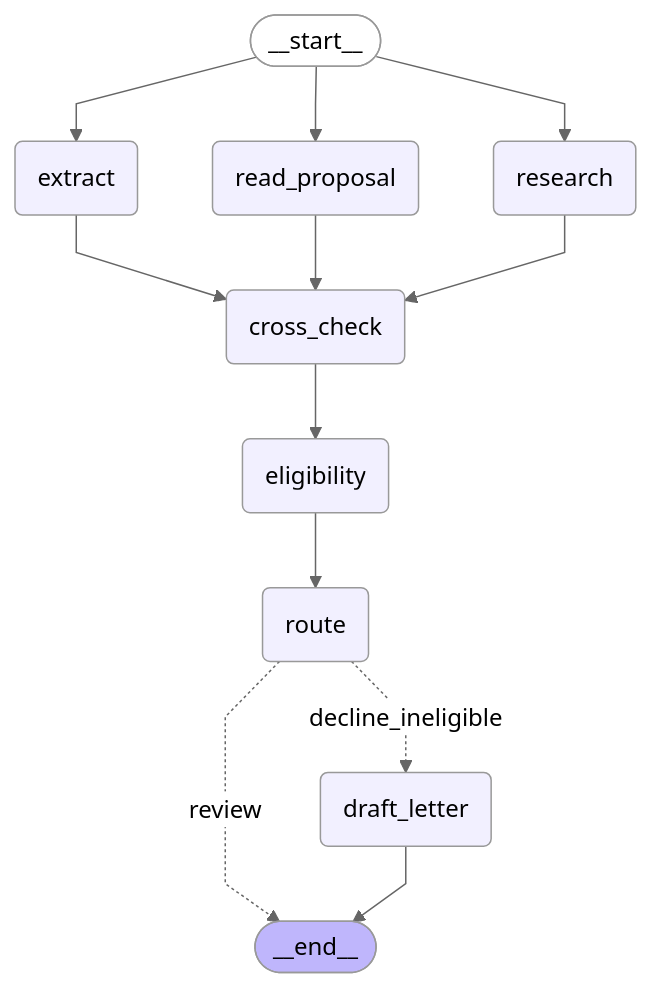
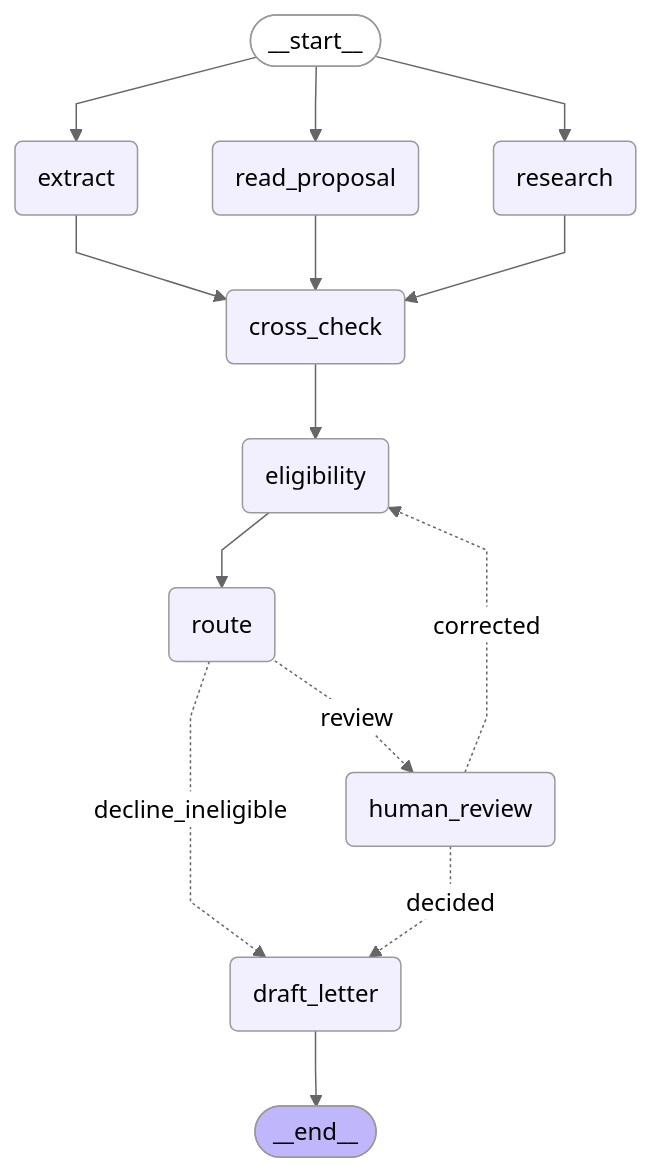
Before and after one commit to EVanderSchel/ai-engineering: the diagram in grant-review-workflow/README.md, drawn with Mermaid (neutral theme). The commit also changed other lines of this file and 10 other files, not shown here.

````diff
--- a/grant-review-workflow/README.md
+++ b/grant-review-workflow/README.md
@@ -73,31 +85,34 @@
 ```mermaid
 ---
 config:
   flowchart:
     curve: linear
 ---
 graph TD;
 	__start__([<p>__start__</p>]):::first
 	extract(extract)
 	research(research)
 	read_proposal(read_proposal)
 	cross_check(cross_check)
 	eligibility(eligibility)
 	route(route)
+	human_review(human_review)
 	draft_letter(draft_letter)
 	__end__([<p>__end__</p>]):::last
 	__start__ --> extract;
 	__start__ --> read_proposal;
 	__start__ --> research;
 	cross_check --> eligibility;
 	eligibility --> route;
 	extract --> cross_check;
+	human_review -. &nbsp;decided&nbsp; .-> draft_letter;
+	human_review -. &nbsp;corrected&nbsp; .-> eligibility;
 	read_proposal --> cross_check;
 	research --> cross_check;
-	route -. &nbsp;review&nbsp; .-> __end__;
 	route -. &nbsp;decline_ineligible&nbsp; .-> draft_letter;
+	route -. &nbsp;review&nbsp; .-> human_review;
 	draft_letter --> __end__;
 	classDef default fill:#f2f0ff,line-height:1.2
 	classDef first fill-opacity:0
 	classDef last fill:#bfb6fc
 ```
````
